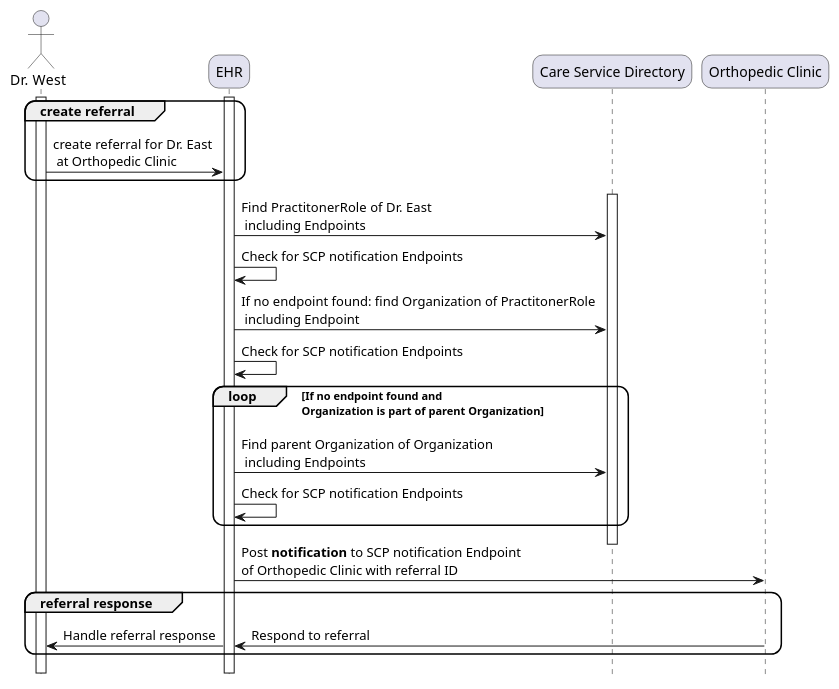
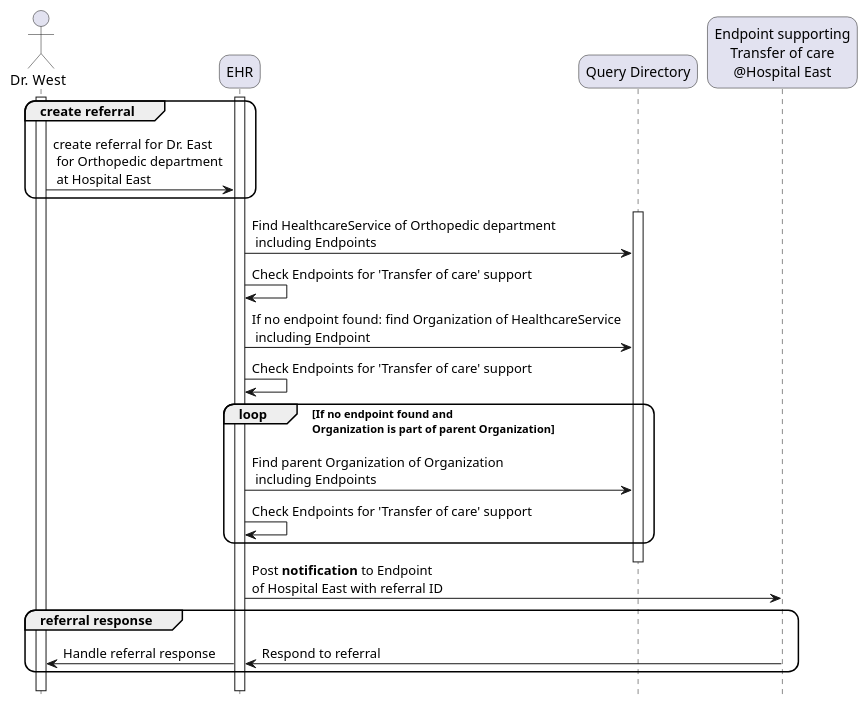
Before and after one commit to nuts-foundation/nl-generic-functions-ig: the diagram in input/images-source/care-services-use-case-2.plantuml, drawn with PlantUML. The commit also changed 27 other files, not shown here.

```diff
--- a/input/images-source/care-services-use-case-2.plantuml
+++ b/input/images-source/care-services-use-case-2.plantuml
@@ -1,38 +1,38 @@
 @startuml care-services-use-case-2
 
 skinparam roundcorner 20
 skinparam defaultFontName Arial 
 hide footbox
 
 !pragma teoz true
 
 actor  Doctor as "Dr. West"
 participant  EHR as "EHR"
-participant  CSD as "Care Service Directory"
-participant  EHR2 as "Orthopedic Clinic"
+participant  CSD as "Query Directory"
+participant  EHR2 as "Endpoint supporting\nTransfer of care\n@Hospital East"
 
 
 activate Doctor
 activate EHR
 group create referral 
- Doctor -> EHR: create referral for Dr. East\n at Orthopedic Clinic
+ Doctor -> EHR: create referral for Dr. East\n for Orthopedic department\n at Hospital East
 end
 activate CSD
-EHR -> CSD: Find PractitonerRole of Dr. East\n including Endpoints
-EHR -> EHR: Check for SCP notification Endpoints
-EHR -> CSD: If no endpoint found: find Organization of PractitonerRole\n including Endpoint
-EHR -> EHR: Check for SCP notification Endpoints
+EHR -> CSD: Find HealthcareService of Orthopedic department\n including Endpoints
+EHR -> EHR: Check Endpoints for 'Transfer of care' support
+EHR -> CSD: If no endpoint found: find Organization of HealthcareService\n including Endpoint
+EHR -> EHR: Check Endpoints for 'Transfer of care' support
 loop If no endpoint found and\nOrganization is part of parent Organization
     EHR -> CSD: Find parent Organization of Organization\n including Endpoints
-    EHR -> EHR: Check for SCP notification Endpoints
+    EHR -> EHR: Check Endpoints for 'Transfer of care' support
 end
 deactivate CSD
-EHR -> EHR2: Post **notification** to SCP notification Endpoint\nof Orthopedic Clinic with referral ID
+EHR -> EHR2: Post **notification** to Endpoint\nof Hospital East with referral ID
 group referral response
  EHR2 -> EHR: Respond to referral
  & EHR -> Doctor: Handle referral response
 end
 
 deactivate Doctor
 deactivate EHR
 @enduml
```
